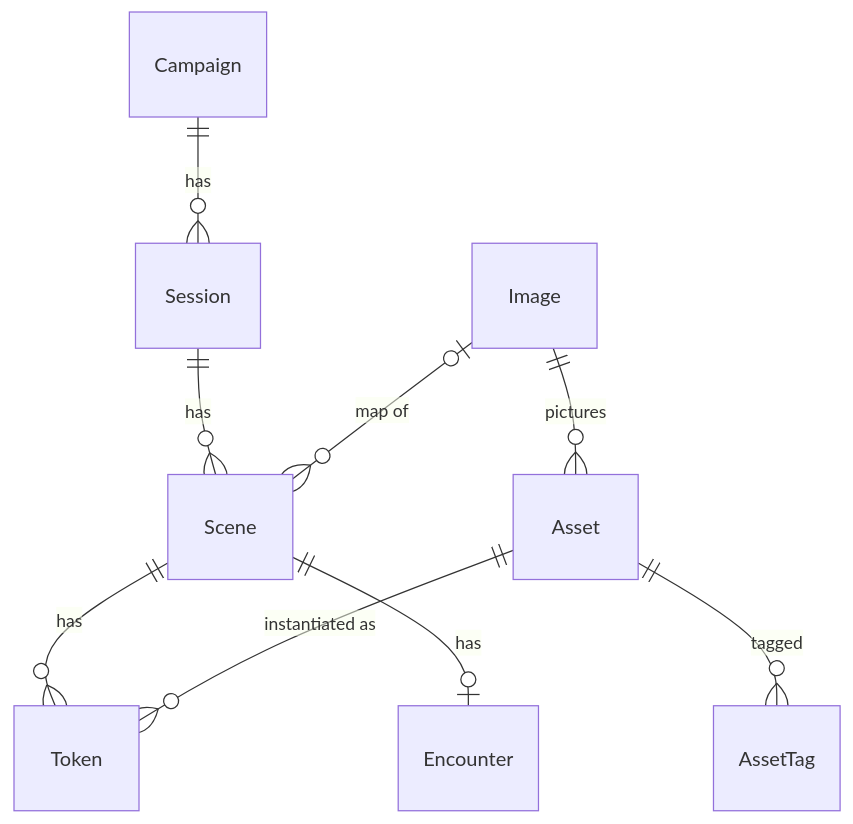
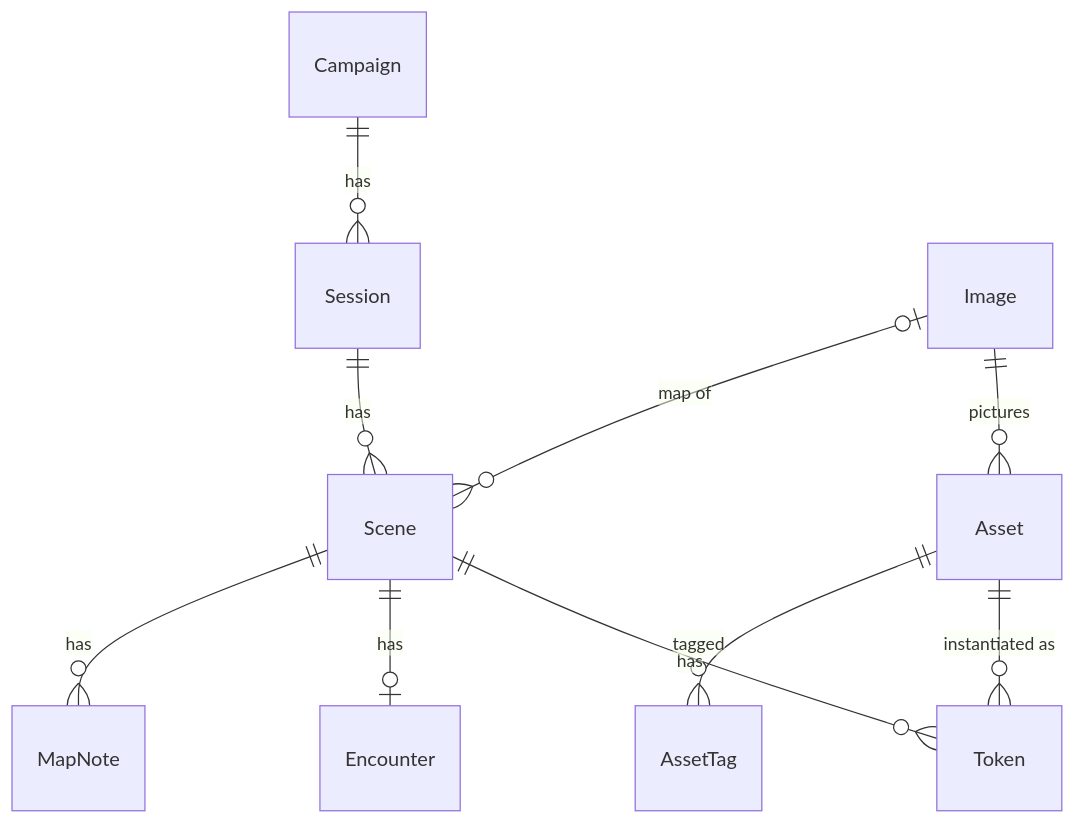
One commit to giorgosroussos/dnd-vtt changed the diagram in specs/03-domain-model.md. Above: the diagram before and after it, drawn with Mermaid. The commit also changed other lines of this file and 10 other files, not shown here.

````diff
--- a/specs/03-domain-model.md
+++ b/specs/03-domain-model.md
@@ -23,11 +24,12 @@
 ```mermaid
 erDiagram
   Campaign ||--o{ Session : has
   Session ||--o{ Scene : has
   Scene ||--o{ Token : has
   Scene ||--o| Encounter : has
+  Scene ||--o{ MapNote : has
   Asset ||--o{ Token : "instantiated as"
   Asset ||--o{ AssetTag : tagged
   Image ||--o{ Asset : pictures
   Image |o--o{ Scene : "map of"
 ```
````
